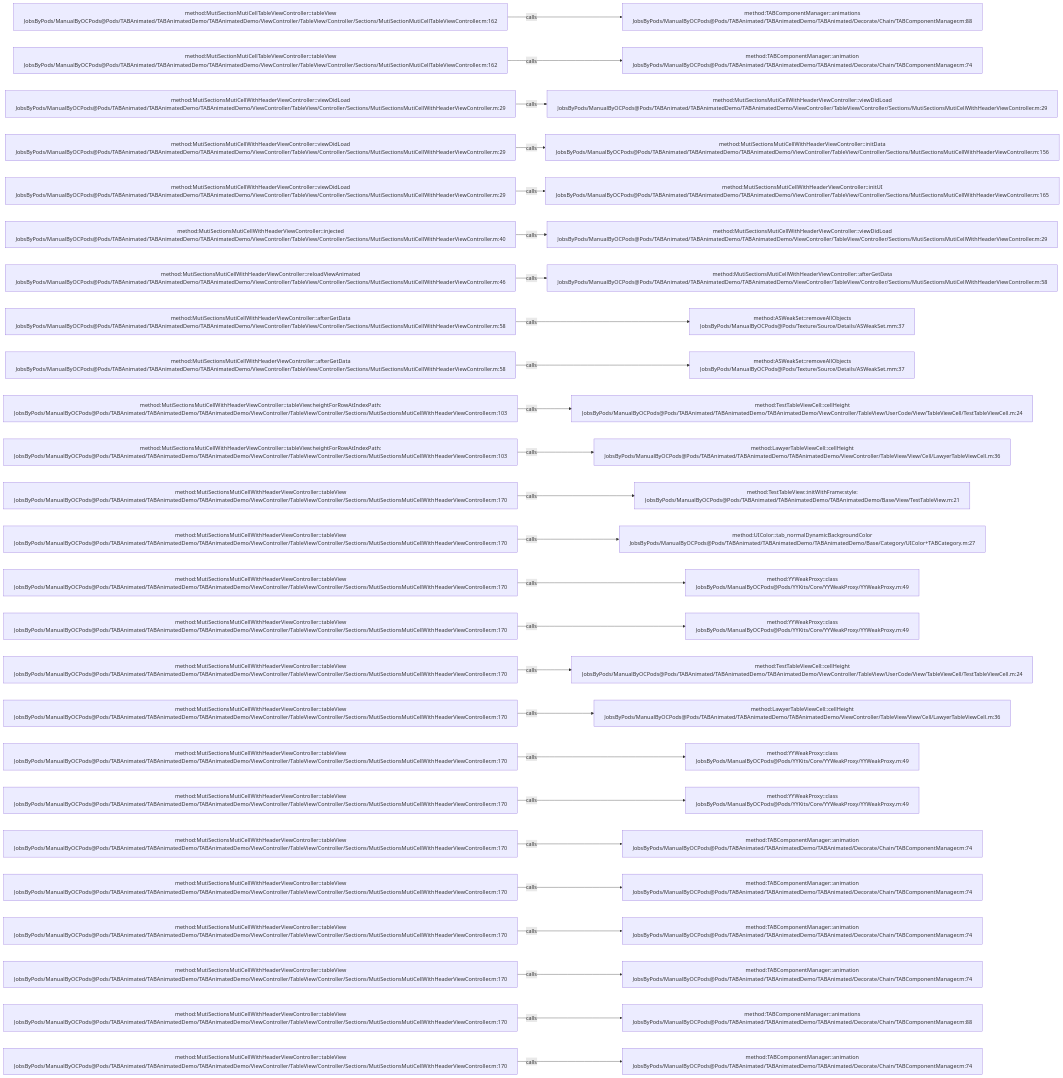
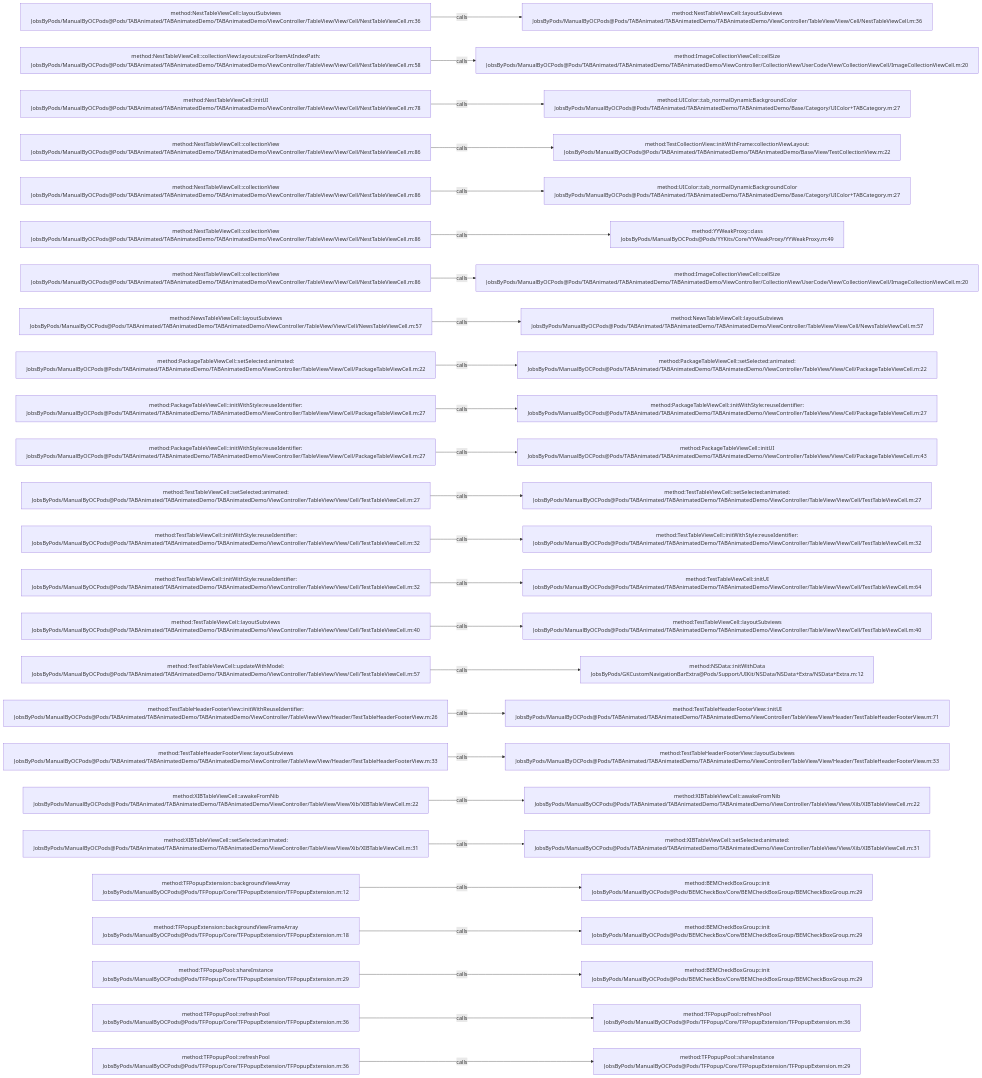
One commit to JobsKits/JobsOCBaseConfigDemo changed the diagram in .codegraph/codegraph.md/graphs/calls-060.md. Above: the diagram before and after it, drawn with Mermaid. The commit also changed 1448 other files, not shown here.

````diff
--- a/.codegraph/codegraph.md/graphs/calls-060.md
+++ b/.codegraph/codegraph.md/graphs/calls-060.md
@@ -13,78 +13,78 @@
 ```mermaid
 flowchart LR
-  S1["method:MutiSectionMutiCellTableViewController::tableView<br/>JobsByPods/ManualByOCPods@Pods/TABAnimated/TABAnimatedDemo/TABAnimatedDemo/ViewController/TableView/Controller/Sections/MutiSectionMutiCellTableViewController.m:162"]
-  T1["method:TABComponentManager::animations<br/>JobsByPods/ManualByOCPods@Pods/TABAnimated/TABAnimatedDemo/TABAnimated/Decorate/Chain/TABComponentManager.m:88"]
+  S1["method:NestTableViewCell::layoutSubviews<br/>JobsByPods/ManualByOCPods@Pods/TABAnimated/TABAnimatedDemo/TABAnimatedDemo/ViewController/TableView/View/Cell/NestTableViewCell.m:36"]
+  T1["method:NestTableViewCell::layoutSubviews<br/>JobsByPods/ManualByOCPods@Pods/TABAnimated/TABAnimatedDemo/TABAnimatedDemo/ViewController/TableView/View/Cell/NestTableViewCell.m:36"]
   S1 -->|calls| T1
-  S2["method:MutiSectionMutiCellTableViewController::tableView<br/>JobsByPods/ManualByOCPods@Pods/TABAnimated/TABAnimatedDemo/TABAnimatedDemo/ViewController/TableView/Controller/Sections/MutiSectionMutiCellTableViewController.m:162"]
-  T2["method:TABComponentManager::animation<br/>JobsByPods/ManualByOCPods@Pods/TABAnimated/TABAnimatedDemo/TABAnimated/Decorate/Chain/TABComponentManager.m:74"]
+  S2["method:NestTableViewCell::collectionView:layout:sizeForItemAtIndexPath:<br/>JobsByPods/ManualByOCPods@Pods/TABAnimated/TABAnimatedDemo/TABAnimatedDemo/ViewController/TableView/View/Cell/NestTableViewCell.m:58"]
+  T2["method:ImageCollectionViewCell::cellSize<br/>JobsByPods/ManualByOCPods@Pods/TABAnimated/TABAnimatedDemo/TABAnimatedDemo/ViewController/CollectionView/UserCode/View/CollectionViewCell/ImageCollectionViewCell.m:20"]
   S2 -->|calls| T2
-  S3["method:MutiSectionsMutiCellWithHeaderViewController::viewDidLoad<br/>JobsByPods/ManualByOCPods@Pods/TABAnimated/TABAnimatedDemo/TABAnimatedDemo/ViewController/TableView/Controller/Sections/MutiSectionsMutiCellWithHeaderViewController.m:29"]
-  T3["method:MutiSectionsMutiCellWithHeaderViewController::viewDidLoad<br/>JobsByPods/ManualByOCPods@Pods/TABAnimated/TABAnimatedDemo/TABAnimatedDemo/ViewController/TableView/Controller/Sections/MutiSectionsMutiCellWithHeaderViewController.m:29"]
+  S3["method:NestTableViewCell::initUI<br/>JobsByPods/ManualByOCPods@Pods/TABAnimated/TABAnimatedDemo/TABAnimatedDemo/ViewController/TableView/View/Cell/NestTableViewCell.m:78"]
+  T3["method:UIColor::tab_normalDynamicBackgroundColor<br/>JobsByPods/ManualByOCPods@Pods/TABAnimated/TABAnimatedDemo/TABAnimatedDemo/Base/Category/UIColor+TABCategory.m:27"]
   S3 -->|calls| T3
-  S4["method:MutiSectionsMutiCellWithHeaderViewController::viewDidLoad<br/>JobsByPods/ManualByOCPods@Pods/TABAnimated/TABAnimatedDemo/TABAnimatedDemo/ViewController/TableView/Controller/Sections/MutiSectionsMutiCellWithHeaderViewController.m:29"]
-  T4["method:MutiSectionsMutiCellWithHeaderViewController::initData<br/>JobsByPods/ManualByOCPods@Pods/TABAnimated/TABAnimatedDemo/TABAnimatedDemo/ViewController/TableView/Controller/Sections/MutiSectionsMutiCellWithHeaderViewController.m:156"]
+  S4["method:NestTableViewCell::collectionView<br/>JobsByPods/ManualByOCPods@Pods/TABAnimated/TABAnimatedDemo/TABAnimatedDemo/ViewController/TableView/View/Cell/NestTableViewCell.m:86"]
+  T4["method:TestCollectionView::initWithFrame:collectionViewLayout:<br/>JobsByPods/ManualByOCPods@Pods/TABAnimated/TABAnimatedDemo/TABAnimatedDemo/Base/View/TestCollectionView.m:22"]
   S4 -->|calls| T4
-  S5["method:MutiSectionsMutiCellWithHeaderViewController::viewDidLoad<br/>JobsByPods/ManualByOCPods@Pods/TABAnimated/TABAnimatedDemo/TABAnimatedDemo/ViewController/TableView/Controller/Sections/MutiSectionsMutiCellWithHeaderViewController.m:29"]
-  T5["method:MutiSectionsMutiCellWithHeaderViewController::initUI<br/>JobsByPods/ManualByOCPods@Pods/TABAnimated/TABAnimatedDemo/TABAnimatedDemo/ViewController/TableView/Controller/Sections/MutiSectionsMutiCellWithHeaderViewController.m:165"]
+  S5["method:NestTableViewCell::collectionView<br/>JobsByPods/ManualByOCPods@Pods/TABAnimated/TABAnimatedDemo/TABAnimatedDemo/ViewController/TableView/View/Cell/NestTableViewCell.m:86"]
+  T5["method:UIColor::tab_normalDynamicBackgroundColor<br/>JobsByPods/ManualByOCPods@Pods/TABAnimated/TABAnimatedDemo/TABAnimatedDemo/Base/Category/UIColor+TABCategory.m:27"]
   S5 -->|calls| T5
-  S6["method:MutiSectionsMutiCellWithHeaderViewController::injected<br/>JobsByPods/ManualByOCPods@Pods/TABAnimated/TABAnimatedDemo/TABAnimatedDemo/ViewController/TableView/Controller/Sections/MutiSectionsMutiCellWithHeaderViewController.m:40"]
-  T6["method:MutiSectionsMutiCellWithHeaderViewController::viewDidLoad<br/>JobsByPods/ManualByOCPods@Pods/TABAnimated/TABAnimatedDemo/TABAnimatedDemo/ViewController/TableView/Controller/Sections/MutiSectionsMutiCellWithHeaderViewController.m:29"]
+  S6["method:NestTableViewCell::collectionView<br/>JobsByPods/ManualByOCPods@Pods/TABAnimated/TABAnimatedDemo/TABAnimatedDemo/ViewController/TableView/View/Cell/NestTableViewCell.m:86"]
+  T6["method:YYWeakProxy::class<br/>JobsByPods/ManualByOCPods@Pods/YYKits/Core/YYWeakProxy/YYWeakProxy.m:49"]
   S6 -->|calls| T6
-  S7["method:MutiSectionsMutiCellWithHeaderViewController::reloadViewAnimated<br/>JobsByPods/ManualByOCPods@Pods/TABAnimated/TABAnimatedDemo/TABAnimatedDemo/ViewController/TableView/Controller/Sections/MutiSectionsMutiCellWithHeaderViewController.m:46"]
-  T7["method:MutiSectionsMutiCellWithHeaderViewController::afterGetData<br/>JobsByPods/ManualByOCPods@Pods/TABAnimated/TABAnimatedDemo/TABAnimatedDemo/ViewController/TableView/Controller/Sections/MutiSectionsMutiCellWithHeaderViewController.m:58"]
+  S7["method:NestTableViewCell::collectionView<br/>JobsByPods/ManualByOCPods@Pods/TABAnimated/TABAnimatedDemo/TABAnimatedDemo/ViewController/TableView/View/Cell/NestTableViewCell.m:86"]
+  T7["method:ImageCollectionViewCell::cellSize<br/>JobsByPods/ManualByOCPods@Pods/TABAnimated/TABAnimatedDemo/TABAnimatedDemo/ViewController/CollectionView/UserCode/View/CollectionViewCell/ImageCollectionViewCell.m:20"]
   S7 -->|calls| T7
-  S8["method:MutiSectionsMutiCellWithHeaderViewController::afterGetData<br/>JobsByPods/ManualByOCPods@Pods/TABAnimated/TABAnimatedDemo/TABAnimatedDemo/ViewController/TableView/Controller/Sections/MutiSectionsMutiCellWithHeaderViewController.m:58"]
-  T8["method:ASWeakSet::removeAllObjects<br/>JobsByPods/ManualByOCPods@Pods/Texture/Source/Details/ASWeakSet.mm:37"]
+  S8["method:NewsTableViewCell::layoutSubviews<br/>JobsByPods/ManualByOCPods@Pods/TABAnimated/TABAnimatedDemo/TABAnimatedDemo/ViewController/TableView/View/Cell/NewsTableViewCell.m:57"]
+  T8["method:NewsTableViewCell::layoutSubviews<br/>JobsByPods/ManualByOCPods@Pods/TABAnimated/TABAnimatedDemo/TABAnimatedDemo/ViewController/TableView/View/Cell/NewsTableViewCell.m:57"]
   S8 -->|calls| T8
-  S9["method:MutiSectionsMutiCellWithHeaderViewController::afterGetData<br/>JobsByPods/ManualByOCPods@Pods/TABAnimated/TABAnimatedDemo/TABAnimatedDemo/ViewController/TableView/Controller/Sections/MutiSectionsMutiCellWithHeaderViewController.m:58"]
-  T9["method:ASWeakSet::removeAllObjects<br/>JobsByPods/ManualByOCPods@Pods/Texture/Source/Details/ASWeakSet.mm:37"]
+  S9["method:PackageTableViewCell::setSelected:animated:<br/>JobsByPods/ManualByOCPods@Pods/TABAnimated/TABAnimatedDemo/TABAnimatedDemo/ViewController/TableView/View/Cell/PackageTableViewCell.m:22"]
+  T9["method:PackageTableViewCell::setSelected:animated:<br/>JobsByPods/ManualByOCPods@Pods/TABAnimated/TABAnimatedDemo/TABAnimatedDemo/ViewController/TableView/View/Cell/PackageTableViewCell.m:22"]
   S9 -->|calls| T9
-  S10["method:MutiSectionsMutiCellWithHeaderViewController::tableView:heightForRowAtIndexPath:<br/>JobsByPods/ManualByOCPods@Pods/TABAnimated/TABAnimatedDemo/TABAnimatedDemo/ViewController/TableView/Controller/Sections/MutiSectionsMutiCellWithHeaderViewController.m:103"]
-  T10["method:TestTableViewCell::cellHeight<br/>JobsByPods/ManualByOCPods@Pods/TABAnimated/TABAnimatedDemo/TABAnimatedDemo/ViewController/TableView/UserCode/View/TableViewCell/TestTableViewCell.m:24"]
+  S10["method:PackageTableViewCell::initWithStyle:reuseIdentifier:<br/>JobsByPods/ManualByOCPods@Pods/TABAnimated/TABAnimatedDemo/TABAnimatedDemo/ViewController/TableView/View/Cell/PackageTableViewCell.m:27"]
+  T10["method:PackageTableViewCell::initWithStyle:reuseIdentifier:<br/>JobsByPods/ManualByOCPods@Pods/TABAnimated/TABAnimatedDemo/TABAnimatedDemo/ViewController/TableView/View/Cell/PackageTableViewCell.m:27"]
   S10 -->|calls| T10
-  S11["method:MutiSectionsMutiCellWithHeaderViewController::tableView:heightForRowAtIndexPath:<br/>JobsByPods/ManualByOCPods@Pods/TABAnimated/TABAnimatedDemo/TABAnimatedDemo/ViewController/TableView/Controller/Sections/MutiSectionsMutiCellWithHeaderViewController.m:103"]
-  T11["method:LawyerTableViewCell::cellHeight<br/>JobsByPods/ManualByOCPods@Pods/TABAnimated/TABAnimatedDemo/TABAnimatedDemo/ViewController/TableView/View/Cell/LawyerTableViewCell.m:36"]
+  S11["method:PackageTableViewCell::initWithStyle:reuseIdentifier:<br/>JobsByPods/ManualByOCPods@Pods/TABAnimated/TABAnimatedDemo/TABAnimatedDemo/ViewController/TableView/View/Cell/PackageTableViewCell.m:27"]
+  T11["method:PackageTableViewCell::initUI<br/>JobsByPods/ManualByOCPods@Pods/TABAnimated/TABAnimatedDemo/TABAnimatedDemo/ViewController/TableView/View/Cell/PackageTableViewCell.m:43"]
   S11 -->|calls| T11
-  S12["method:MutiSectionsMutiCellWithHeaderViewController::tableView<br/>JobsByPods/ManualByOCPods@Pods/TABAnimated/TABAnimatedDemo/TABAnimatedDemo/ViewController/TableView/Controller/Sections/MutiSectionsMutiCellWithHeaderViewController.m:170"]
-  T12["method:TestTableView::initWithFrame:style:<br/>JobsByPods/ManualByOCPods@Pods/TABAnimated/TABAnimatedDemo/TABAnimatedDemo/Base/View/TestTableView.m:21"]
+  S12["method:TestTableViewCell::setSelected:animated:<br/>JobsByPods/ManualByOCPods@Pods/TABAnimated/TABAnimatedDemo/TABAnimatedDemo/ViewController/TableView/View/Cell/TestTableViewCell.m:27"]
+  T12["method:TestTableViewCell::setSelected:animated:<br/>JobsByPods/ManualByOCPods@Pods/TABAnimated/TABAnimatedDemo/TABAnimatedDemo/ViewController/TableView/View/Cell/TestTableViewCell.m:27"]
   S12 -->|calls| T12
-  S13["method:MutiSectionsMutiCellWithHeaderViewController::tableView<br/>JobsByPods/ManualByOCPods@Pods/TABAnimated/TABAnimatedDemo/TABAnimatedDemo/ViewController/TableView/Controller/Sections/MutiSectionsMutiCellWithHeaderViewController.m:170"]
-  T13["method:UIColor::tab_normalDynamicBackgroundColor<br/>JobsByPods/ManualByOCPods@Pods/TABAnimated/TABAnimatedDemo/TABAnimatedDemo/Base/Category/UIColor+TABCategory.m:27"]
+  S13["method:TestTableViewCell::initWithStyle:reuseIdentifier:<br/>JobsByPods/ManualByOCPods@Pods/TABAnimated/TABAnimatedDemo/TABAnimatedDemo/ViewController/TableView/View/Cell/TestTableViewCell.m:32"]
+  T13["method:TestTableViewCell::initWithStyle:reuseIdentifier:<br/>JobsByPods/ManualByOCPods@Pods/TABAnimated/TABAnimatedDemo/TABAnimatedDemo/ViewController/TableView/View/Cell/TestTableViewCell.m:32"]
   S13 -->|calls| T13
-  S14["method:MutiSectionsMutiCellWithHeaderViewController::tableView<br/>JobsByPods/ManualByOCPods@Pods/TABAnimated/TABAnimatedDemo/TABAnimatedDemo/ViewController/TableView/Controller/Sections/MutiSectionsMutiCellWithHeaderViewController.m:170"]
-  T14["method:YYWeakProxy::class<br/>JobsByPods/ManualByOCPods@Pods/YYKits/Core/YYWeakProxy/YYWeakProxy.m:49"]
+  S14["method:TestTableViewCell::initWithStyle:reuseIdentifier:<br/>JobsByPods/ManualByOCPods@Pods/TABAnimated/TABAnimatedDemo/TABAnimatedDemo/ViewController/TableView/View/Cell/TestTableViewCell.m:32"]
+  T14["method:TestTableViewCell::initUI<br/>JobsByPods/ManualByOCPods@Pods/TABAnimated/TABAnimatedDemo/TABAnimatedDemo/ViewController/TableView/View/Cell/TestTableViewCell.m:64"]
   S14 -->|calls| T14
-  S15["method:MutiSectionsMutiCellWithHeaderViewController::tableView<br/>JobsByPods/ManualByOCPods@Pods/TABAnimated/TABAnimatedDemo/TABAnimatedDemo/ViewController/TableView/Controller/Sections/MutiSectionsMutiCellWithHeaderViewController.m:170"]
-  T15["method:YYWeakProxy::class<br/>JobsByPods/ManualByOCPods@Pods/YYKits/Core/YYWeakProxy/YYWeakProxy.m:49"]
+  S15["method:TestTableViewCell::layoutSubviews<br/>JobsByPods/ManualByOCPods@Pods/TABAnimated/TABAnimatedDemo/TABAnimatedDemo/ViewController/TableView/View/Cell/TestTableViewCell.m:40"]
+  T15["method:TestTableViewCell::layoutSubviews<br/>JobsByPods/ManualByOCPods@Pods/TABAnimated/TABAnimatedDemo/TABAnimatedDemo/ViewController/TableView/View/Cell/TestTableViewCell.m:40"]
   S15 -->|calls| T15
-  S16["method:MutiSectionsMutiCellWithHeaderViewController::tableView<br/>JobsByPods/ManualByOCPods@Pods/TABAnimated/TABAnimatedDemo/TABAnimatedDemo/ViewController/TableView/Controller/Sections/MutiSectionsMutiCellWithHeaderViewController.m:170"]
-  T16["method:TestTableViewCell::cellHeight<br/>JobsByPods/ManualByOCPods@Pods/TABAnimated/TABAnimatedDemo/TABAnimatedDemo/ViewController/TableView/UserCode/View/TableViewCell/TestTableViewCell.m:24"]
+  S16["method:TestTableViewCell::updateWithModel:<br/>JobsByPods/ManualByOCPods@Pods/TABAnimated/TABAnimatedDemo/TABAnimatedDemo/ViewController/TableView/View/Cell/TestTableViewCell.m:57"]
+  T16["method:NSData::initWithData<br/>JobsByPods/GKCustomNavigationBarExtra@Pods/Support/UIKit/NSData/NSData+Extra/NSData+Extra.m:12"]
   S16 -->|calls| T16
-  S17["method:MutiSectionsMutiCellWithHeaderViewController::tableView<br/>JobsByPods/ManualByOCPods@Pods/TABAnimated/TABAnimatedDemo/TABAnimatedDemo/ViewController/TableView/Controller/Sections/MutiSectionsMutiCellWithHeaderViewController.m:170"]
-  T17["method:LawyerTableViewCell::cellHeight<br/>JobsByPods/ManualByOCPods@Pods/TABAnimated/TABAnimatedDemo/TABAnimatedDemo/ViewController/TableView/View/Cell/LawyerTableViewCell.m:36"]
+  S17["method:TestTableHeaderFooterView::initWithReuseIdentifier:<br/>JobsByPods/ManualByOCPods@Pods/TABAnimated/TABAnimatedDemo/TABAnimatedDemo/ViewController/TableView/View/Header/TestTableHeaderFooterView.m:26"]
+  T17["method:TestTableHeaderFooterView::initUI<br/>JobsByPods/ManualByOCPods@Pods/TABAnimated/TABAnimatedDemo/TABAnimatedDemo/ViewController/TableView/View/Header/TestTableHeaderFooterView.m:71"]
   S17 -->|calls| T17
-  S18["method:MutiSectionsMutiCellWithHeaderViewController::tableView<br/>JobsByPods/ManualByOCPods@Pods/TABAnimated/TABAnimatedDemo/TABAnimatedDemo/ViewController/TableView/Controller/Sections/MutiSectionsMutiCellWithHeaderViewController.m:170"]
-  T18["method:YYWeakProxy::class<br/>JobsByPods/ManualByOCPods@Pods/YYKits/Core/YYWeakProxy/YYWeakProxy.m:49"]
+  S18["method:TestTableHeaderFooterView::layoutSubviews<br/>JobsByPods/ManualByOCPods@Pods/TABAnimated/TABAnimatedDemo/TABAnimatedDemo/ViewController/TableView/View/Header/TestTableHeaderFooterView.m:33"]
+  T18["method:TestTableHeaderFooterView::layoutSubviews<br/>JobsByPods/ManualByOCPods@Pods/TABAnimated/TABAnimatedDemo/TABAnimatedDemo/ViewController/TableView/View/Header/TestTableHeaderFooterView.m:33"]
   S18 -->|calls| T18
-  S19["method:MutiSectionsMutiCellWithHeaderViewController::tableView<br/>JobsByPods/ManualByOCPods@Pods/TABAnimated/TABAnimatedDemo/TABAnimatedDemo/ViewController/TableView/Controller/Sections/MutiSectionsMutiCellWithHeaderViewController.m:170"]
-  T19["method:YYWeakProxy::class<br/>JobsByPods/ManualByOCPods@Pods/YYKits/Core/YYWeakProxy/YYWeakProxy.m:49"]
+  S19["method:XIBTableViewCell::awakeFromNib<br/>JobsByPods/ManualByOCPods@Pods/TABAnimated/TABAnimatedDemo/TABAnimatedDemo/ViewController/TableView/View/Xib/XIBTableViewCell.m:22"]
+  T19["method:XIBTableViewCell::awakeFromNib<br/>JobsByPods/ManualByOCPods@Pods/TABAnimated/TABAnimatedDemo/TABAnimatedDemo/ViewController/TableView/View/Xib/XIBTableViewCell.m:22"]
   S19 -->|calls| T19
-  S20["method:MutiSectionsMutiCellWithHeaderViewController::tableView<br/>JobsByPods/ManualByOCPods@Pods/TABAnimated/TABAnimatedDemo/TABAnimatedDemo/ViewController/TableView/Controller/Sections/MutiSectionsMutiCellWithHeaderViewController.m:170"]
-  T20["method:TABComponentManager::animation<br/>JobsByPods/ManualByOCPods@Pods/TABAnimated/TABAnimatedDemo/TABAnimated/Decorate/Chain/TABComponentManager.m:74"]
+  S20["method:XIBTableViewCell::setSelected:animated:<br/>JobsByPods/ManualByOCPods@Pods/TABAnimated/TABAnimatedDemo/TABAnimatedDemo/ViewController/TableView/View/Xib/XIBTableViewCell.m:31"]
+  T20["method:XIBTableViewCell::setSelected:animated:<br/>JobsByPods/ManualByOCPods@Pods/TABAnimated/TABAnimatedDemo/TABAnimatedDemo/ViewController/TableView/View/Xib/XIBTableViewCell.m:31"]
   S20 -->|calls| T20
-  S21["method:MutiSectionsMutiCellWithHeaderViewController::tableView<br/>JobsByPods/ManualByOCPods@Pods/TABAnimated/TABAnimatedDemo/TABAnimatedDemo/ViewController/TableView/Controller/Sections/MutiSectionsMutiCellWithHeaderViewController.m:170"]
-  T21["method:TABComponentManager::animation<br/>JobsByPods/ManualByOCPods@Pods/TABAnimated/TABAnimatedDemo/TABAnimated/Decorate/Chain/TABComponentManager.m:74"]
+  S21["method:TFPopupExtension::backgroundViewArray<br/>JobsByPods/ManualByOCPods@Pods/TFPopup/Core/TFPopupExtension/TFPopupExtension.m:12"]
+  T21["method:BEMCheckBoxGroup::init<br/>JobsByPods/ManualByOCPods@Pods/BEMCheckBox/Core/BEMCheckBoxGroup/BEMCheckBoxGroup.m:29"]
   S21 -->|calls| T21
-  S22["method:MutiSectionsMutiCellWithHeaderViewController::tableView<br/>JobsByPods/ManualByOCPods@Pods/TABAnimated/TABAnimatedDemo/TABAnimatedDemo/ViewController/TableView/Controller/Sections/MutiSectionsMutiCellWithHeaderViewController.m:170"]
-  T22["method:TABComponentManager::animation<br/>JobsByPods/ManualByOCPods@Pods/TABAnimated/TABAnimatedDemo/TABAnimated/Decorate/Chain/TABComponentManager.m:74"]
+  S22["method:TFPopupExtension::backgroundViewFrameArray<br/>JobsByPods/ManualByOCPods@Pods/TFPopup/Core/TFPopupExtension/TFPopupExtension.m:18"]
+  T22["method:BEMCheckBoxGroup::init<br/>JobsByPods/ManualByOCPods@Pods/BEMCheckBox/Core/BEMCheckBoxGroup/BEMCheckBoxGroup.m:29"]
   S22 -->|calls| T22
-  S23["method:MutiSectionsMutiCellWithHeaderViewController::tableView<br/>JobsByPods/ManualByOCPods@Pods/TABAnimated/TABAnimatedDemo/TABAnimatedDemo/ViewController/TableView/Controller/Sections/MutiSectionsMutiCellWithHeaderViewController.m:170"]
-  T23["method:TABComponentManager::animation<br/>JobsByPods/ManualByOCPods@Pods/TABAnimated/TABAnimatedDemo/TABAnimated/Decorate/Chain/TABComponentManager.m:74"]
+  S23["method:TFPopupPool::shareInstance<br/>JobsByPods/ManualByOCPods@Pods/TFPopup/Core/TFPopupExtension/TFPopupExtension.m:29"]
+  T23["method:BEMCheckBoxGroup::init<br/>JobsByPods/ManualByOCPods@Pods/BEMCheckBox/Core/BEMCheckBoxGroup/BEMCheckBoxGroup.m:29"]
   S23 -->|calls| T23
-  S24["method:MutiSectionsMutiCellWithHeaderViewController::tableView<br/>JobsByPods/ManualByOCPods@Pods/TABAnimated/TABAnimatedDemo/TABAnimatedDemo/ViewController/TableView/Controller/Sections/MutiSectionsMutiCellWithHeaderViewController.m:170"]
-  T24["method:TABComponentManager::animations<br/>JobsByPods/ManualByOCPods@Pods/TABAnimated/TABAnimatedDemo/TABAnimated/Decorate/Chain/TABComponentManager.m:88"]
+  S24["method:TFPopupPool::refreshPool<br/>JobsByPods/ManualByOCPods@Pods/TFPopup/Core/TFPopupExtension/TFPopupExtension.m:36"]
+  T24["method:TFPopupPool::refreshPool<br/>JobsByPods/ManualByOCPods@Pods/TFPopup/Core/TFPopupExtension/TFPopupExtension.m:36"]
   S24 -->|calls| T24
-  S25["method:MutiSectionsMutiCellWithHeaderViewController::tableView<br/>JobsByPods/ManualByOCPods@Pods/TABAnimated/TABAnimatedDemo/TABAnimatedDemo/ViewController/TableView/Controller/Sections/MutiSectionsMutiCellWithHeaderViewController.m:170"]
-  T25["method:TABComponentManager::animation<br/>JobsByPods/ManualByOCPods@Pods/TABAnimated/TABAnimatedDemo/TABAnimated/Decorate/Chain/TABComponentManager.m:74"]
+  S25["method:TFPopupPool::refreshPool<br/>JobsByPods/ManualByOCPods@Pods/TFPopup/Core/TFPopupExtension/TFPopupExtension.m:36"]
+  T25["method:TFPopupPool::shareInstance<br/>JobsByPods/ManualByOCPods@Pods/TFPopup/Core/TFPopupExtension/TFPopupExtension.m:29"]
   S25 -->|calls| T25
 ```
````
